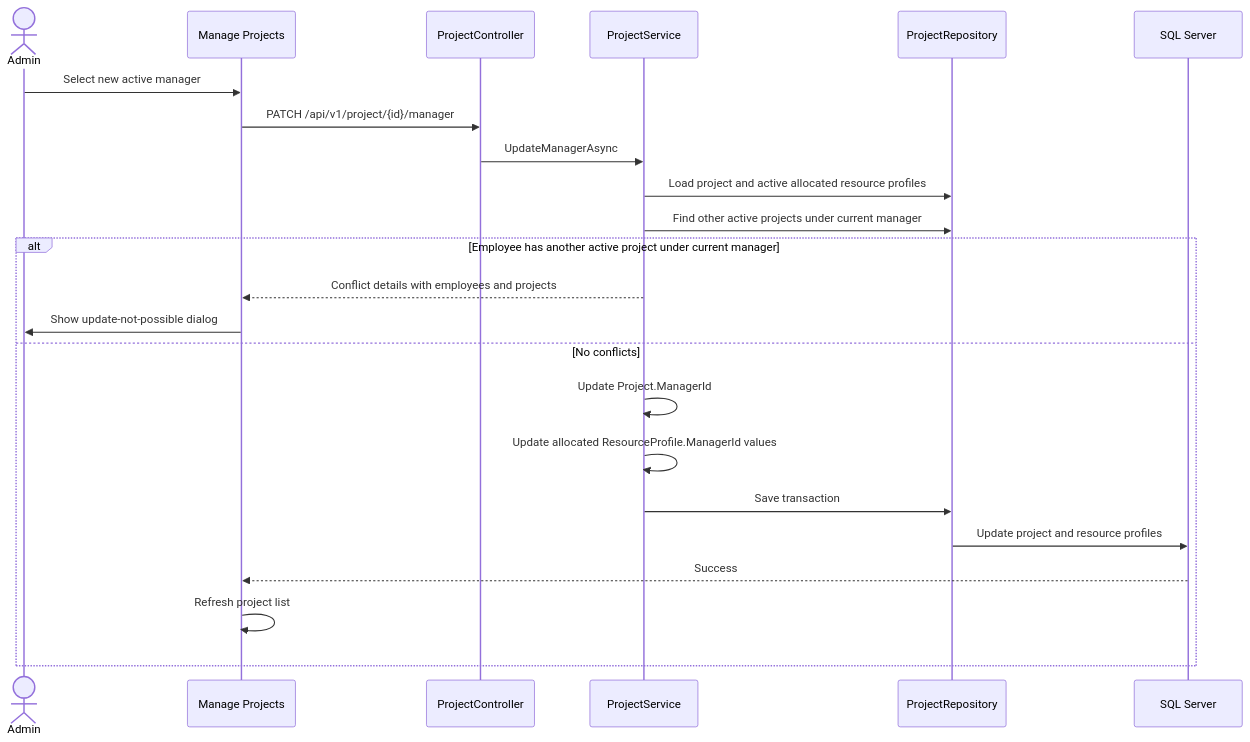
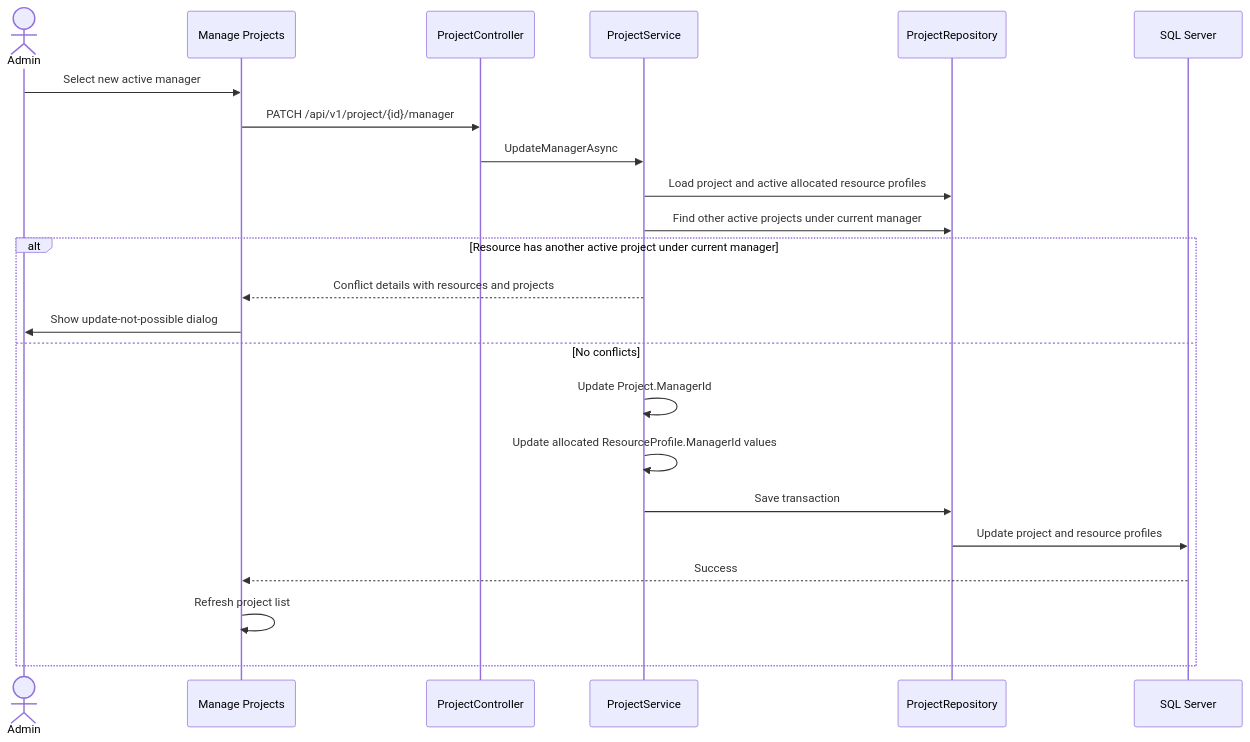
Diagram 12 of 22 in ResourceMindAi/readme.md (AayushGargITT/AayushGarg-LearnCode-2025-26), drawn with Mermaid before and after one commit. The commit also changed other lines of this file and 78 other files, not shown here.

First line of the commit message:
refactor: rename employee references to resource and refresh system documentation

````diff
--- a/ResourceMindAi/readme.md
+++ b/ResourceMindAi/readme.md
@@ -606,27 +811,27 @@
 ```mermaid
 sequenceDiagram
     actor Admin
     participant UI as Manage Projects
     participant API as ProjectController
     participant Service as ProjectService
     participant Repo as ProjectRepository
     participant DB as SQL Server
 
     Admin->>UI: Select new active manager
     UI->>API: PATCH /api/v1/project/{id}/manager
     API->>Service: UpdateManagerAsync
     Service->>Repo: Load project and active allocated resource profiles
     Service->>Repo: Find other active projects under current manager
 
-    alt Employee has another active project under current manager
-        Service-->>UI: Conflict details with employees and projects
+    alt Resource has another active project under current manager
+        Service-->>UI: Conflict details with resources and projects
         UI->>Admin: Show update-not-possible dialog
     else No conflicts
         Service->>Service: Update Project.ManagerId
         Service->>Service: Update allocated ResourceProfile.ManagerId values
         Service->>Repo: Save transaction
         Repo->>DB: Update project and resource profiles
         DB-->>UI: Success
         UI->>UI: Refresh project list
     end
 ```
````
